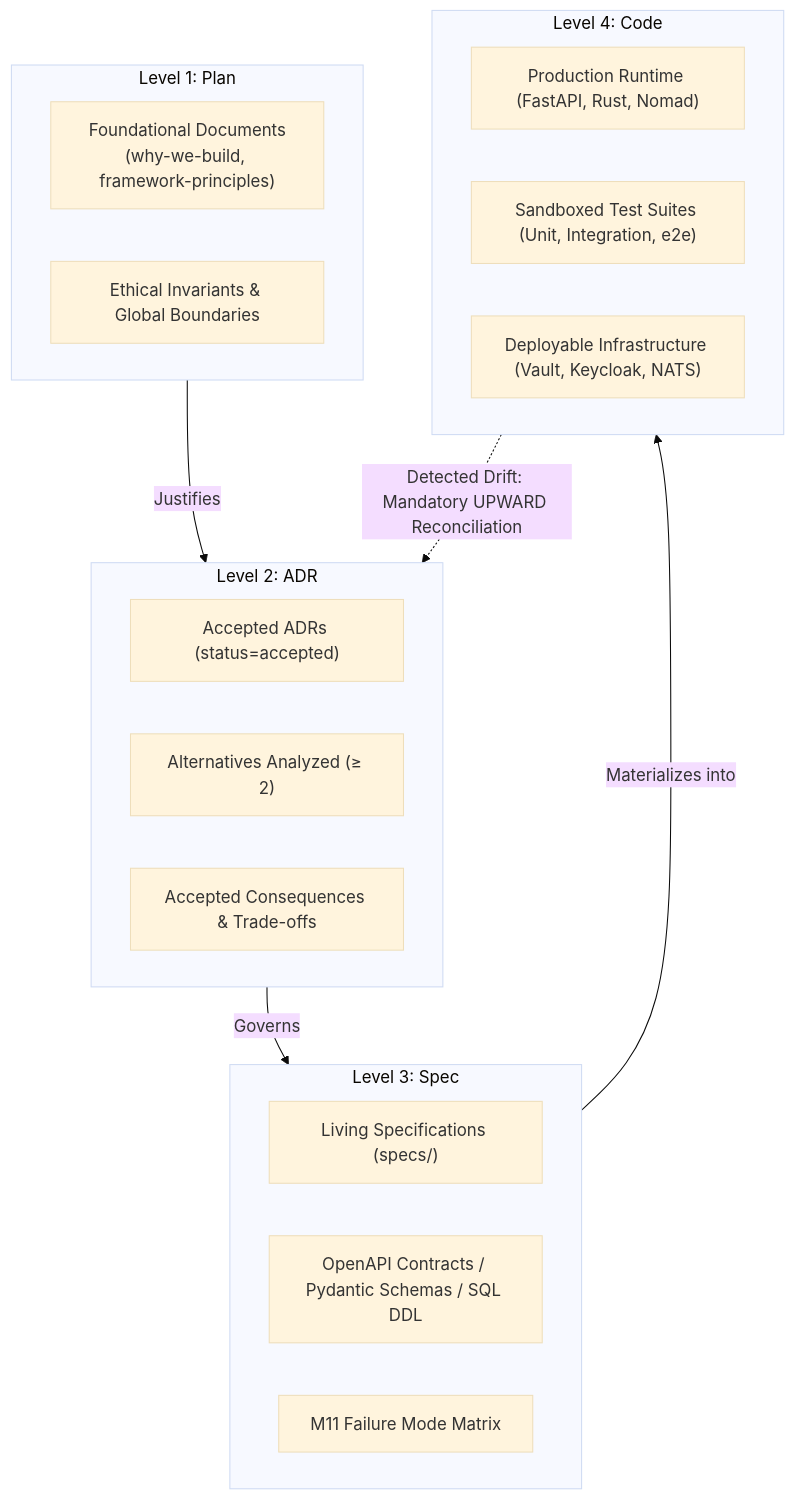
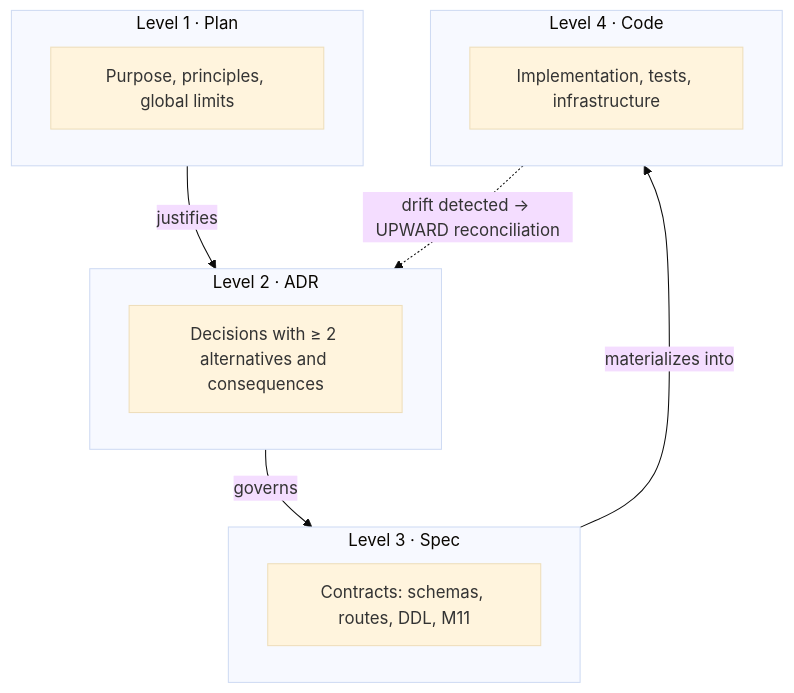
The diagram in docs/en/03-hierarchy-of-truth.md (fuzaro/EEEMIAD), drawn with Mermaid (base theme) before and after one commit. The commit also changed other lines of this file and 65 other files, not shown here.

````diff
--- a/docs/en/03-hierarchy-of-truth.md
+++ b/docs/en/03-hierarchy-of-truth.md
@@ -11,31 +18,19 @@
 ```mermaid
 flowchart TD
-    subgraph PlanLayer ["Level 1: Plan"]
-        P1["Foundational Documents<br/>(why-we-build, framework-principles)"]
-        P2["Ethical Invariants & Global Boundaries"]
+    subgraph L1 ["Level 1 · Plan"]
+        P1["Purpose, principles, global limits"]
     end
-
-    subgraph ADRLayer ["Level 2: ADR"]
-        A1["Accepted ADRs (status=accepted)"]
-        A2["Alternatives Analyzed (≥ 2)"]
-        A3["Accepted Consequences & Trade-offs"]
+    subgraph L2 ["Level 2 · ADR"]
+        A1["Decisions with ≥ 2 alternatives and consequences"]
     end
-
-    subgraph SpecLayer ["Level 3: Spec"]
-        S1["Living Specifications (specs/)"]
-        S2["OpenAPI Contracts / Pydantic Schemas / SQL DDL"]
-        S3["M11 Failure Mode Matrix"]
+    subgraph L3 ["Level 3 · Spec"]
+        S1["Contracts: schemas, routes, DDL, M11"]
     end
-
-    subgraph CodeLayer ["Level 4: Code"]
-        C1["Production Runtime (FastAPI, Rust, Nomad)"]
-        C2["Sandboxed Test Suites (Unit, Integration, e2e)"]
-        C3["Deployable Infrastructure (Vault, Keycloak, NATS)"]
+    subgraph L4 ["Level 4 · Code"]
+        C1["Implementation, tests, infrastructure"]
     end
-
-    PlanLayer -->|Justifies| ADRLayer
-    ADRLayer -->|Governs| SpecLayer
-    SpecLayer -->|Materializes into| CodeLayer
-
-    CodeLayer -.->|"Detected Drift: Mandatory UPWARD Reconciliation"| ADRLayer
+    L1 -->|justifies| L2
+    L2 -->|governs| L3
+    L3 -->|materializes into| L4
+    L4 -.->|"drift detected → UPWARD reconciliation"| L2
 ```
````
